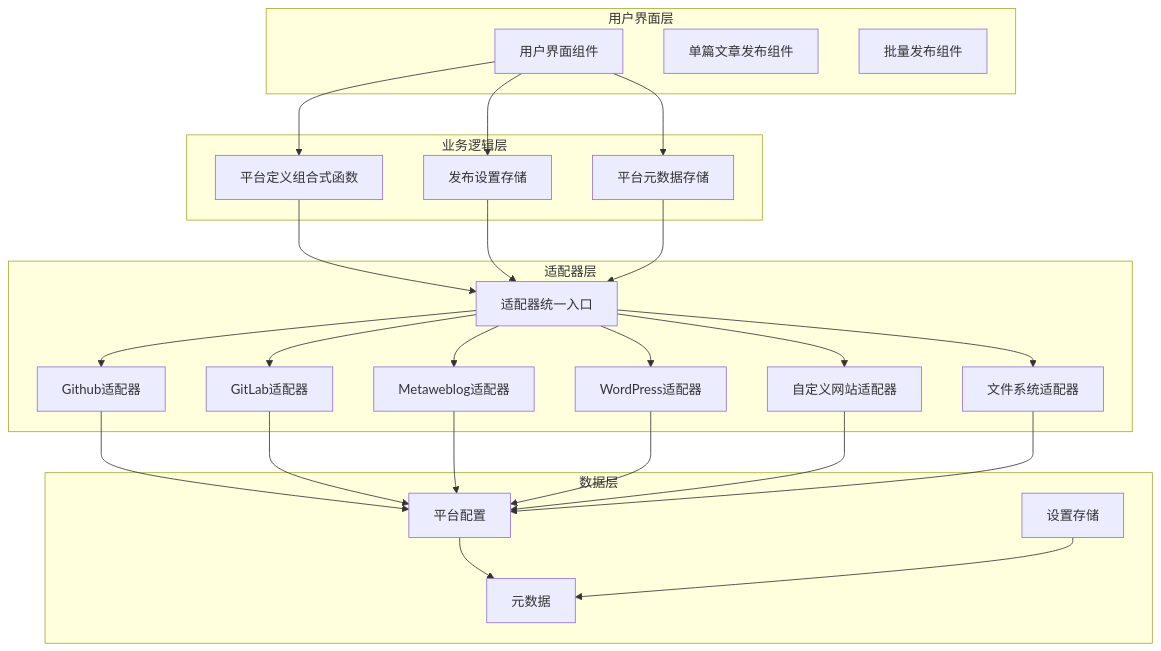
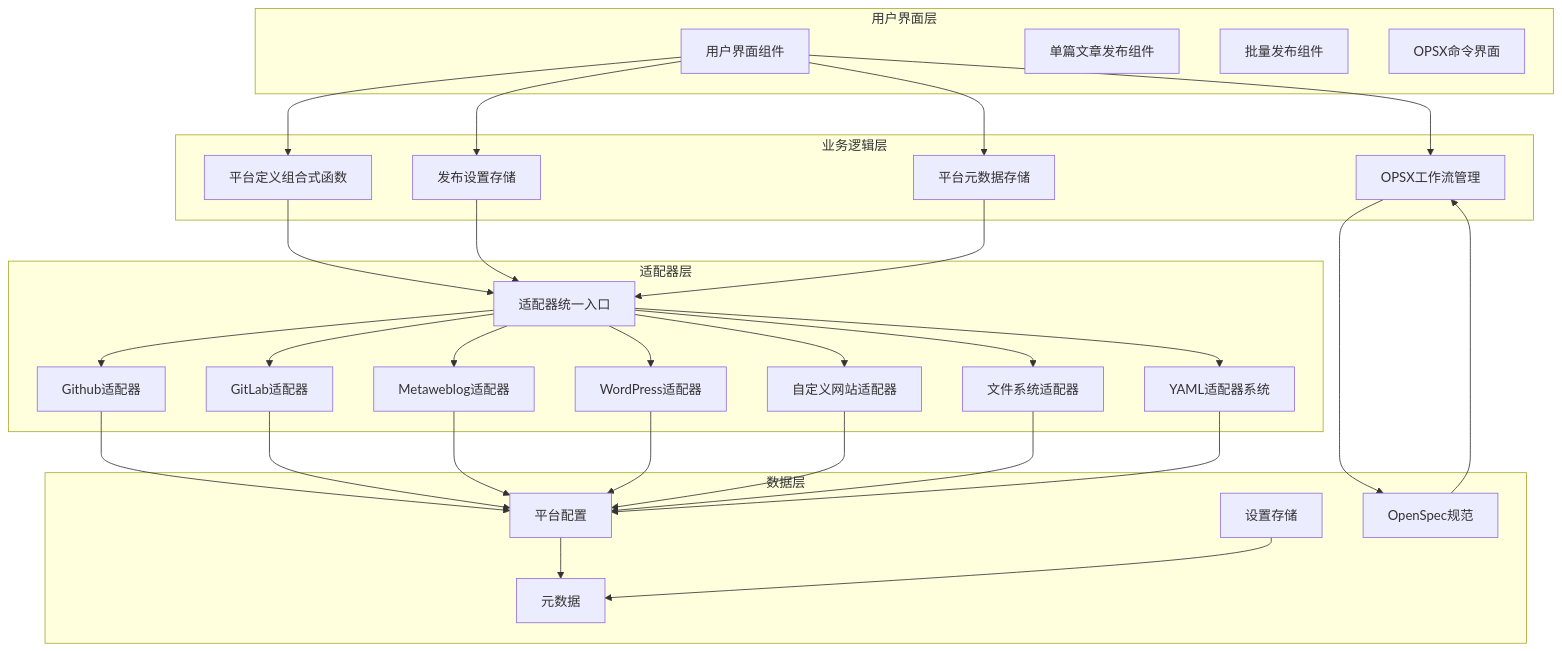
The seventh of 11 diagrams in .qoder/repowiki/zh/content/AI辅助功能/OPSX实验性工作流.md (terwer/siyuan-plugin-publisher), drawn with Mermaid before and after one commit. The commit also changed other lines of this file and 6 other files, not shown here.

First line of the commit message:
docs(architecture): clarify and split workspace shell component responsibilities

````diff
--- a/.qoder/repowiki/zh/content/AI辅助功能/OPSX实验性工作流.md
+++ b/.qoder/repowiki/zh/content/AI辅助功能/OPSX实验性工作流.md
@@ -106,47 +374,56 @@
 ```mermaid
 graph TD
 subgraph "用户界面层"
 UI[用户界面组件]
 SP[单篇文章发布组件]
 BP[批量发布组件]
+OPSX[OPSX命令界面]
 end
 subgraph "业务逻辑层"
 PD[平台定义组合式函数]
 PS[发布设置存储]
 PM[平台元数据存储]
+OW[OPSX工作流管理]
 end
 subgraph "适配器层"
 AD[适配器统一入口]
 GA[Github适配器]
 GL[GitLab适配器]
 MW[Metaweblog适配器]
 WP[WordPress适配器]
 CS[自定义网站适配器]
 FS[文件系统适配器]
+YAML[YAML适配器系统]
 end
 subgraph "数据层"
 PC[平台配置]
 MD[元数据]
 ST[设置存储]
+OS[OpenSpec规范]
 end
 UI --> PD
 UI --> PS
 UI --> PM
+UI --> OW
 PD --> AD
 PS --> AD
 PM --> AD
+OW --> OS
 AD --> GA
 AD --> GL
 AD --> MW
 AD --> WP
 AD --> CS
 AD --> FS
+AD --> YAML
 GA --> PC
 GL --> PC
 MW --> PC
 WP --> PC
 CS --> PC
 FS --> PC
+YAML --> PC
 PC --> MD
 ST --> MD
+OS --> OW
 ```
````
